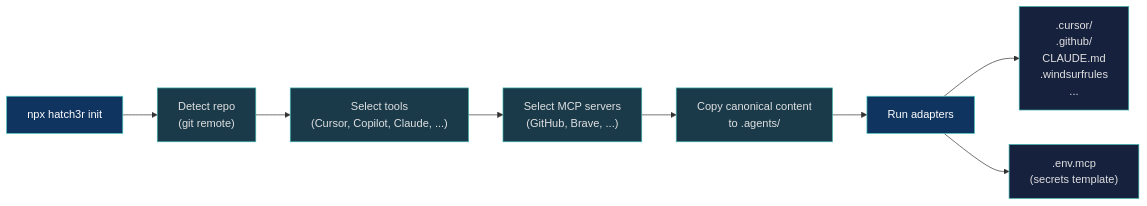
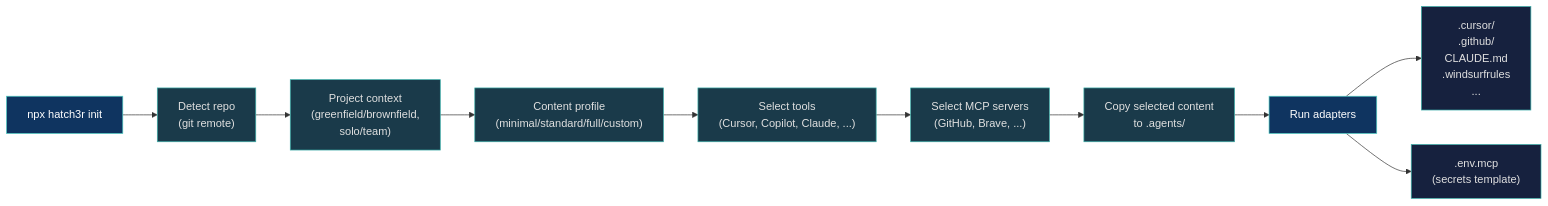
Before and after one commit to hatch3r/hatch3r: the first of 5 diagrams in website/docs/guides/agentic-process.md, drawn with Mermaid. The commit also changed other lines of this file and 243 other files, not shown here.

````diff
--- a/website/docs/guides/agentic-process.md
+++ b/website/docs/guides/agentic-process.md
@@ -14,14 +14,16 @@
 ```mermaid
 flowchart LR
     classDef default fill:#1a3a4a,stroke:#3aafa9,color:#e0e0e0
     classDef accent fill:#0f3460,stroke:#4ecdc4,color:#fff
     classDef output fill:#16213e,stroke:#3aafa9,color:#e0e0e0
 
     A["npx hatch3r init"]:::accent --> B["Detect repo\n(git remote)"]
-    B --> C["Select tools\n(Cursor, Copilot, Claude, ...)"]
+    B --> B2["Project context\n(greenfield/brownfield,\nsolo/team)"]
+    B2 --> B3["Content profile\n(minimal/standard/full/custom)"]
+    B3 --> C["Select tools\n(Cursor, Copilot, Claude, ...)"]
     C --> D["Select MCP servers\n(GitHub, Brave, ...)"]
-    D --> E["Copy canonical content\nto .agents/"]
+    D --> E["Copy selected content\nto .agents/"]
     E --> F["Run adapters"]:::accent
     F --> G[".cursor/\n.github/\nCLAUDE.md\n.windsurfrules\n..."]:::output
     F --> H[".env.mcp\n(secrets template)"]:::output
 ```
````
